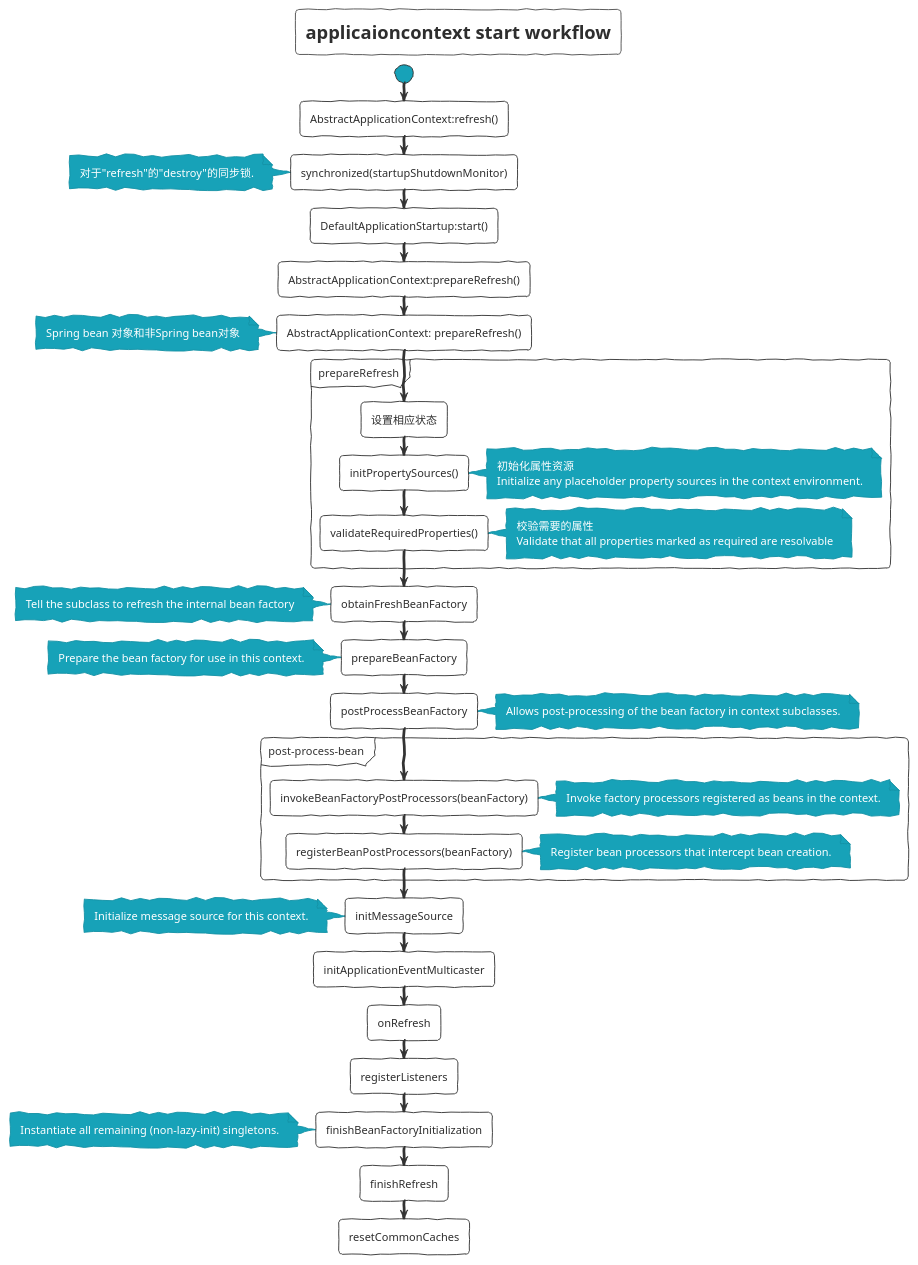
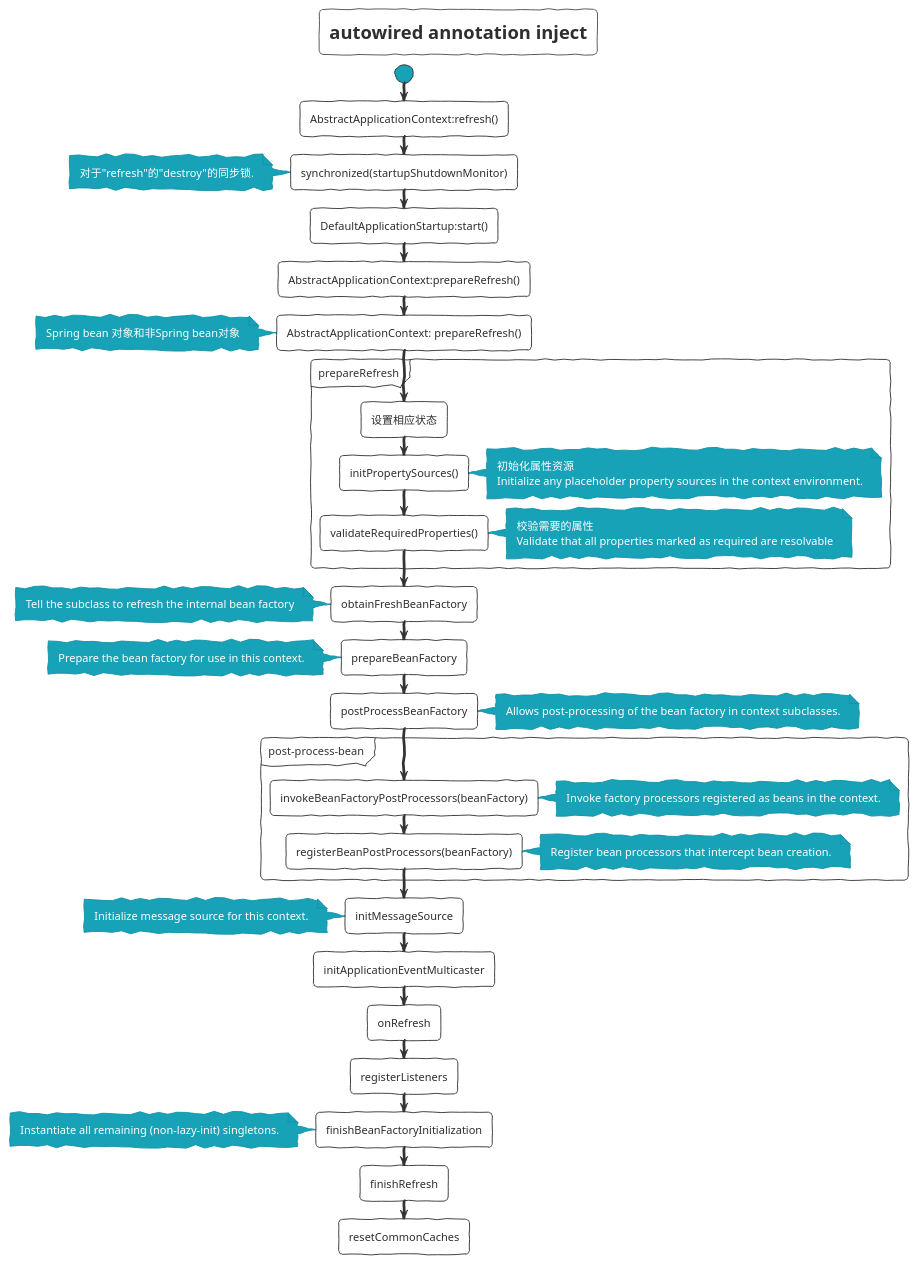
One commit to FantasybabyChange/thinking-in-spring changed the diagram in learn-ioc/doc/pics/applicationContextStart.puml. Above: the diagram before and after it, drawn with PlantUML. The commit also changed 2 other files, not shown here.

Commit message:
push sequence

```diff
--- a/learn-ioc/doc/pics/applicationContextStart.puml
+++ b/learn-ioc/doc/pics/applicationContextStart.puml
@@ -1,64 +1,64 @@
-@startuml APPLICAIONCONTEXT-START-WORKFLOW
-title applicaioncontext start workflow
+@startuml autowired-annotation-inject
+title autowired annotation inject
 !theme sketchy-outline
 start
 :AbstractApplicationContext:refresh();
 :synchronized(startupShutdownMonitor);
 note left
     对于"refresh"的"destroy"的同步锁.
 end note
 :DefaultApplicationStartup:start();
 :AbstractApplicationContext:prepareRefresh();
 :AbstractApplicationContext: prepareRefresh();
 note left
   Spring bean 对象和非Spring bean对象
 end note
 partition prepareRefresh{
 :设置相应状态;
 :initPropertySources();
 note right
  初始化属性资源
  Initialize any placeholder property sources in the context environment.
 end note
 :validateRequiredProperties();
 note right
  校验需要的属性
  Validate that all properties marked as required are resolvable
 end note
 }
 :obtainFreshBeanFactory;
 note left
 Tell the subclass to refresh the internal bean factory
 end note
 :prepareBeanFactory;
 note left
 Prepare the bean factory for use in this context.
 end note
 :postProcessBeanFactory;
 note right
 Allows post-processing of the bean factory in context subclasses.
 end note
 partition post-process-bean {
 :invokeBeanFactoryPostProcessors(beanFactory);
 note right
 Invoke factory processors registered as beans in the context.
 end note
 :registerBeanPostProcessors(beanFactory);
 note right
 Register bean processors that intercept bean creation.
 end note
 }
 :initMessageSource;
 note left
  Initialize message source for this context.
 end note
 :initApplicationEventMulticaster;
 :onRefresh;
 :registerListeners;
 :finishBeanFactoryInitialization;
 note left 
 Instantiate all remaining (non-lazy-init) singletons.
 end note 
 :finishRefresh;
 :resetCommonCaches;
 @enduml
```
